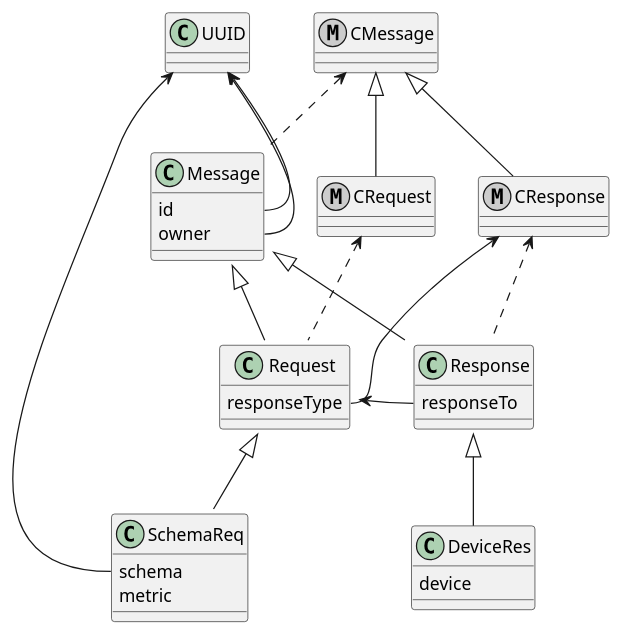
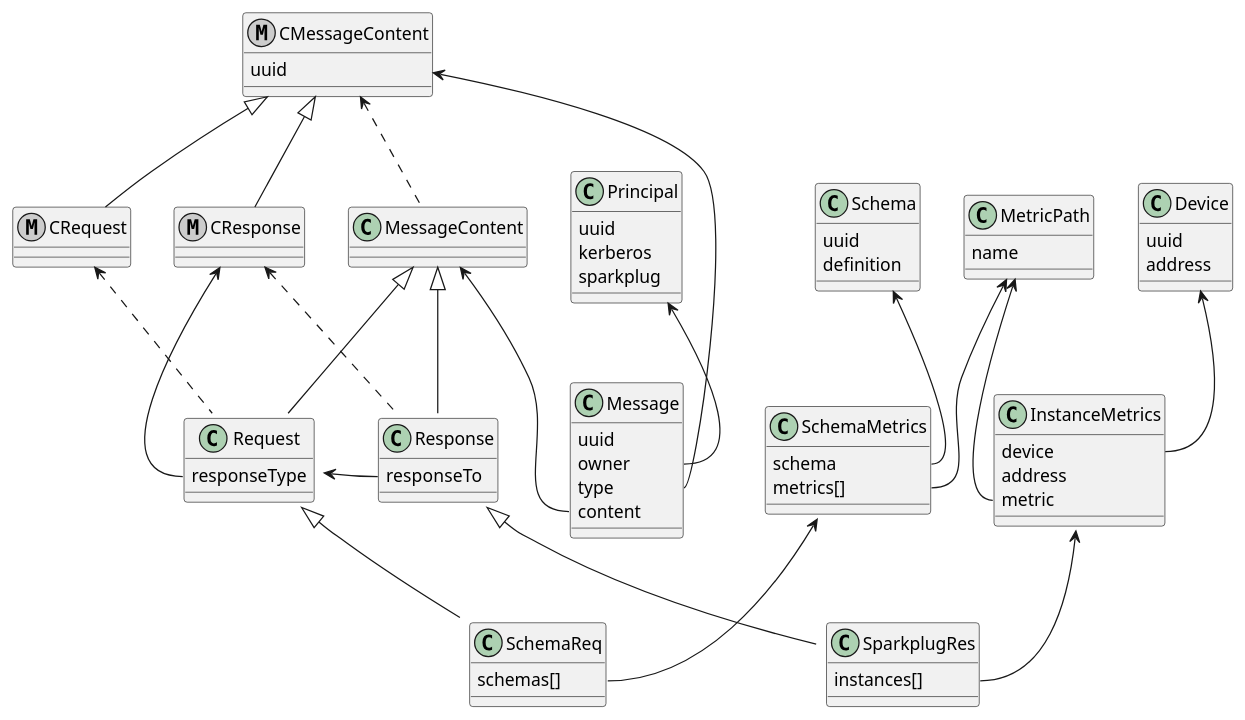
Before and after one commit to AMRC-FactoryPlus/amrc-connectivity-stack: the diagram in acs-rendezvous/docs/classes.puml, drawn with PlantUML. The commit also changed 2 other files, not shown here.

```diff
--- a/acs-rendezvous/docs/classes.puml
+++ b/acs-rendezvous/docs/classes.puml
@@ -1,46 +1,83 @@
 @startuml
 
-class UUID {}
+class Principal {
+    uuid
+    kerberos
+    sparkplug
+}
 class Message {
-  id
+  uuid
   owner
+  type
+  content
 }
+class MessageContent { }
 class Request {
   responseType
 }
 class Response {
   responseTo
 }
-class SchemaReq {
-  schema
-  metric
-}
-class DeviceRes {
-    device
+
+class MetricPath {
+    name
 }
 
-metaclass CMessage {}
+class Schema {
+    uuid
+    definition
+}
+class SchemaMetrics {
+    schema
+    metrics[]
+}
+class SchemaReq {
+    schemas[]
+}
+
+class Device {
+    uuid
+    address
+}
+class InstanceMetrics {
+    device
+    address
+    metric
+}
+class SparkplugRes {
+    instances[]   
+}
+
+metaclass CMessageContent {
+    uuid
+}
 metaclass CRequest {}
 metaclass CResponse {}
 
-Message <|-- Request
-Message <|-- Response
+MessageContent <|-- Request
+MessageContent <|-- Response
 
-CMessage <|-- CRequest
-CMessage <|-- CResponse
+CMessageContent <|-- CRequest
+CMessageContent <|-- CResponse
 
-Request <|-- SchemaReq
-
-Response <|-- DeviceRes
-
-CMessage <.. Message
+CMessageContent <.. MessageContent
 CRequest <.. Request
 CResponse <.. Response
 
-UUID <-- Message::id
-UUID <-- Message::owner
+Principal <-- Message::owner
+CMessageContent <-- Message::type
+MessageContent <-- Message::content
 CResponse <-- Request::responseType
 Request <- Response::responseTo
-UUID <-- SchemaReq::schema
+
+Request <|-- SchemaReq
+SchemaMetrics <-- SchemaReq::schemas
+Schema <-- SchemaMetrics::schema
+MetricPath <-- SchemaMetrics::metrics
+
+Response <|-- SparkplugRes
+InstanceMetrics <-- SparkplugRes::instances
+Device <-- InstanceMetrics::device
+MetricPath <-- InstanceMetrics::metric
 
 @enduml
```
